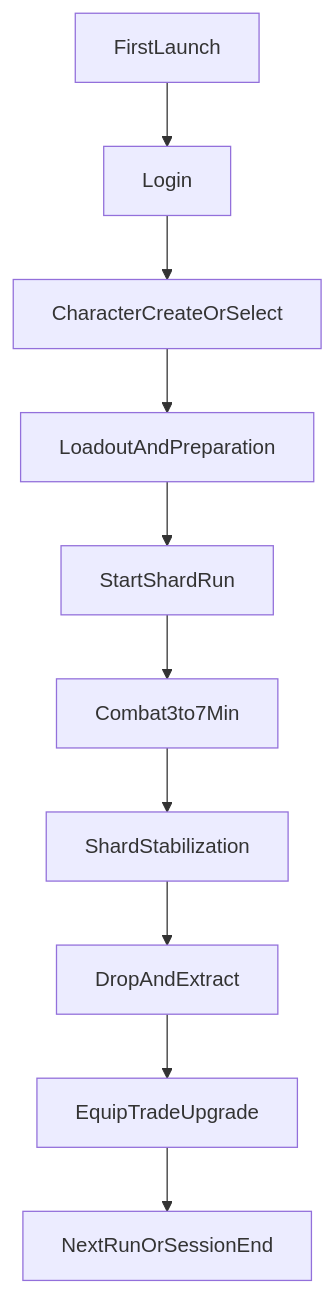
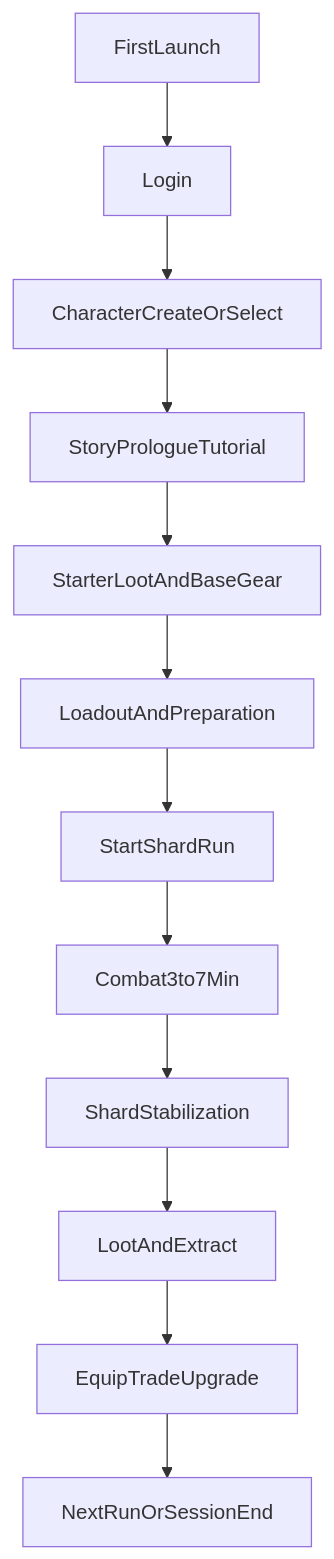
The first of 2 diagrams in docs/Full_MVP_Design_Doc_Shards_of_Void.md (danilbelyaev1/DVBARPGFrontend), drawn with Mermaid before and after one commit. The commit also changed other lines of this file and 56 other files, not shown here.

````diff
--- a/docs/Full_MVP_Design_Doc_Shards_of_Void.md
+++ b/docs/Full_MVP_Design_Doc_Shards_of_Void.md
@@ -98,12 +98,14 @@
 ```mermaid
 flowchart TD
     firstLaunch[FirstLaunch] --> login[Login]
-    login --> characterCreate[CharacterCreateOrSelect]
-    characterCreate --> preRun[LoadoutAndPreparation]
-    preRun --> runStart[StartShardRun]
-    runStart --> combatLoop[Combat3to7Min]
-    combatLoop --> stabilize[ShardStabilization]
-    stabilize --> loot[DropAndExtract]
-    loot --> progression[EquipTradeUpgrade]
-    progression --> nextStep[NextRunOrSessionEnd]
+    login --> charCreate[CharacterCreateOrSelect]
+    charCreate --> prologue[StoryPrologueTutorial]
+    prologue --> starterPack[StarterLootAndBaseGear]
+    starterPack --> prep[LoadoutAndPreparation]
+    prep --> runStart[StartShardRun]
+    runStart --> combat[Combat3to7Min]
+    combat --> stabilize[ShardStabilization]
+    stabilize --> loot[LootAndExtract]
+    loot --> upgrade[EquipTradeUpgrade]
+    upgrade --> nextStep[NextRunOrSessionEnd]
 ```
````
